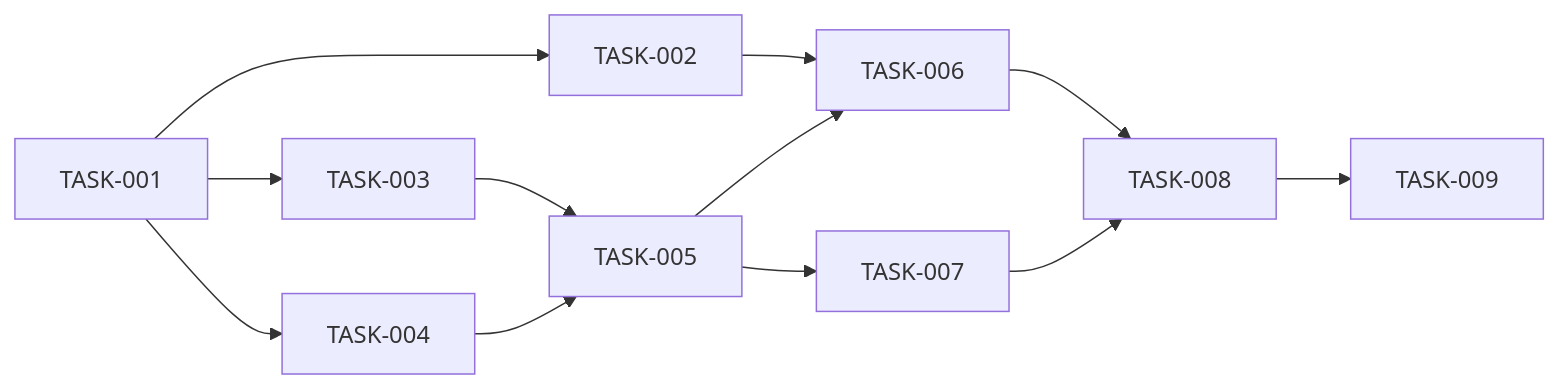
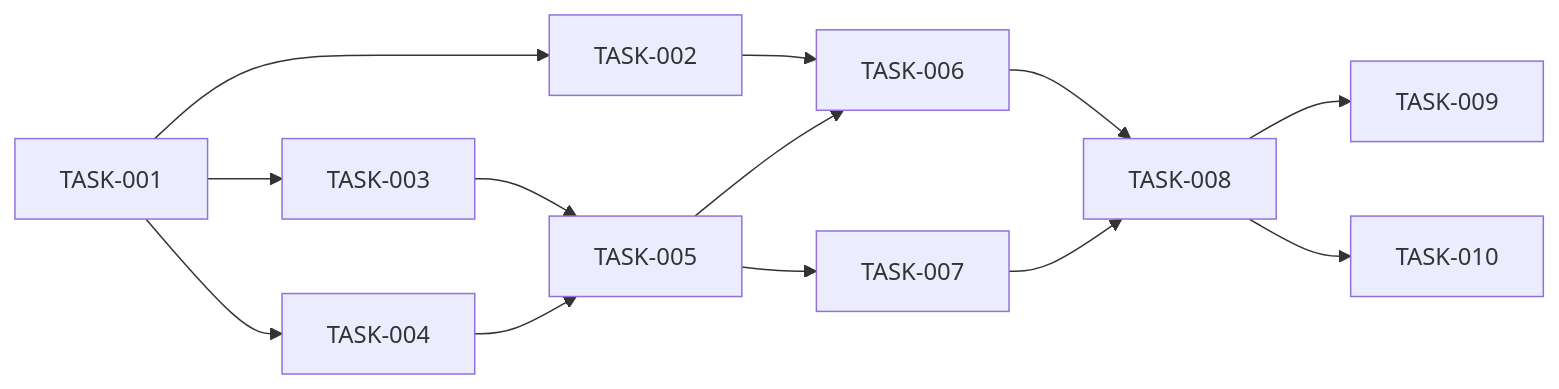
One commit to auto-forge-projects/url-shortener changed the diagram in docs/08-plan.md. Above: the diagram before and after it, drawn with Mermaid. The commit also changed other lines of this file and 2 other files, not shown here.

Commit message:
phase(8): Planlama delta — REQ-003 TASK-010 (DL-08-002)

````diff
--- a/docs/08-plan.md
+++ b/docs/08-plan.md
@@ -69,14 +77,15 @@
 ```mermaid
 graph LR
   TASK-001 --> TASK-002
   TASK-001 --> TASK-003
   TASK-001 --> TASK-004
   TASK-003 --> TASK-005
   TASK-004 --> TASK-005
   TASK-002 --> TASK-006
   TASK-005 --> TASK-006
   TASK-005 --> TASK-007
   TASK-006 --> TASK-008
   TASK-007 --> TASK-008
   TASK-008 --> TASK-009
+  TASK-008 --> TASK-010
 ```
````
